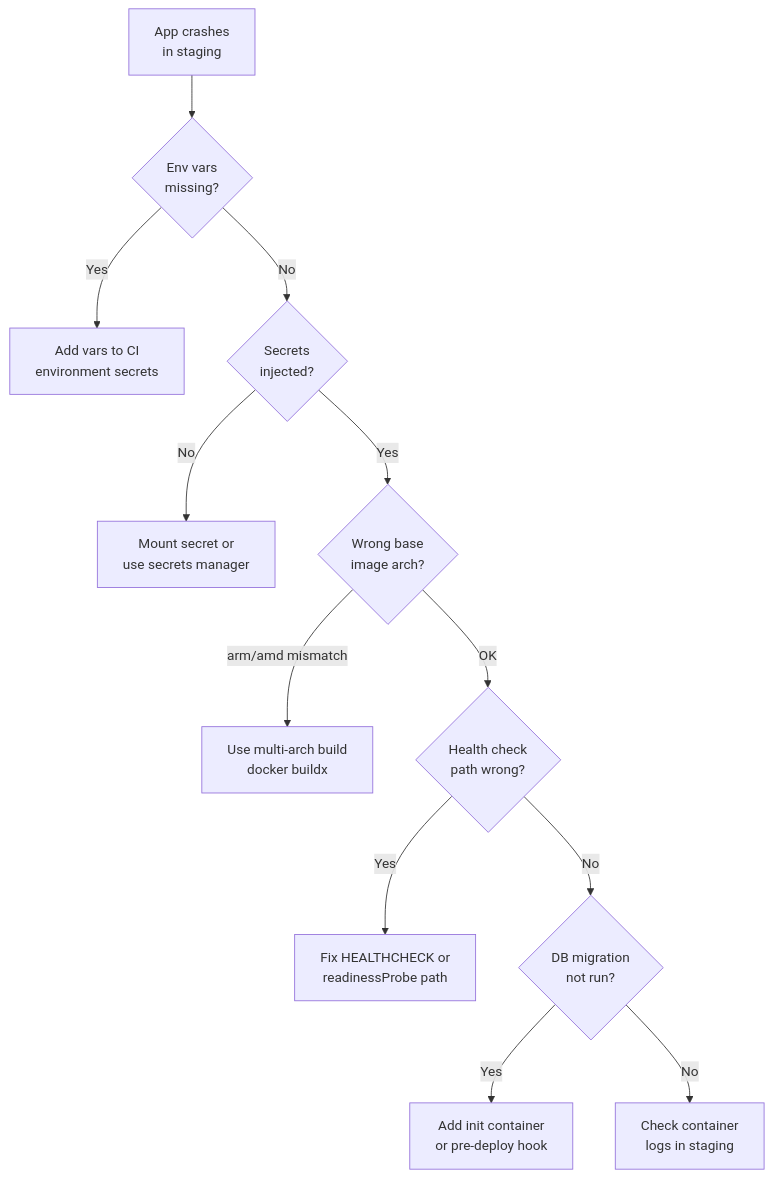
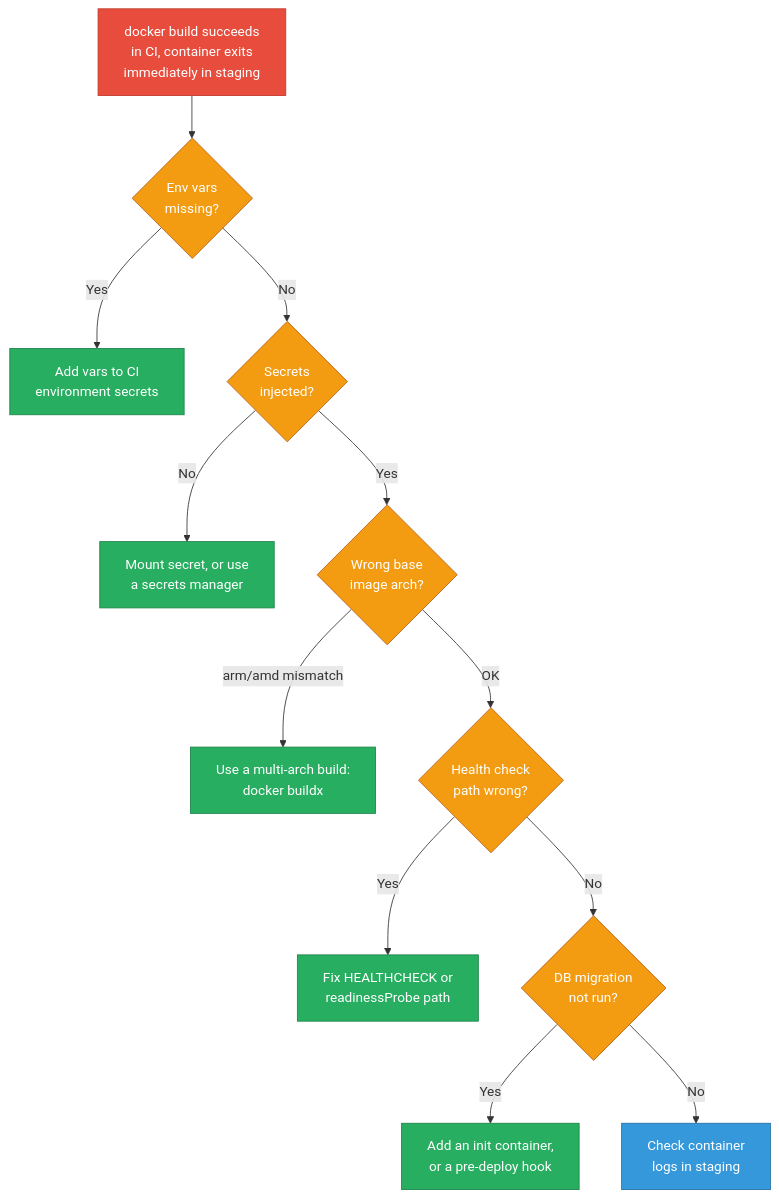
One commit to deepanshu-rawat6/DevOpsIndex changed the seventh of 8 diagrams in sre/cicd-scenarios.md. Above: the diagram before and after it, drawn with Mermaid. The commit also changed other lines of this file and 10 other files, not shown here.

````diff
--- a/sre/cicd-scenarios.md
+++ b/sre/cicd-scenarios.md
@@ -297,14 +544,19 @@
 ```mermaid
 flowchart TD
-    A[App crashes<br/>in staging] --> B{Env vars<br/>missing?}
-    B -- Yes --> B1[Add vars to CI<br/>environment secrets]
-    B -- No --> C{Secrets<br/>injected?}
-    C -- No --> C1[Mount secret or<br/>use secrets manager]
-    C -- Yes --> D{Wrong base<br/>image arch?}
-    D -- arm/amd mismatch --> D1[Use multi-arch build<br/>docker buildx]
-    D -- OK --> E{Health check<br/>path wrong?}
-    E -- Yes --> E1[Fix HEALTHCHECK or<br/>readinessProbe path]
-    E -- No --> F{DB migration<br/>not run?}
-    F -- Yes --> F1[Add init container<br/>or pre-deploy hook]
-    F -- No --> G[Check container<br/>logs in staging]
+    classDef err fill:#e74c3c,stroke:#c0392b,color:#fff
+    classDef decision fill:#f39c12,stroke:#ba6018,color:#fff
+    classDef fix fill:#27ae60,stroke:#1e8449,color:#fff
+    classDef verify fill:#3498db,stroke:#2471a3,color:#fff
+
+    A["docker build succeeds<br/>in CI, container exits<br/>immediately in staging"]:::err --> B{"Env vars<br/>missing?"}:::decision
+    B -- Yes --> B1["Add vars to CI<br/>environment secrets"]:::fix
+    B -- No --> C{"Secrets<br/>injected?"}:::decision
+    C -- No --> C1["Mount secret, or use<br/>a secrets manager"]:::fix
+    C -- Yes --> D{"Wrong base<br/>image arch?"}:::decision
+    D -- "arm/amd mismatch" --> D1["Use a multi-arch build:<br/>docker buildx"]:::fix
+    D -- OK --> E{"Health check<br/>path wrong?"}:::decision
+    E -- Yes --> E1["Fix HEALTHCHECK or<br/>readinessProbe path"]:::fix
+    E -- No --> F{"DB migration<br/>not run?"}:::decision
+    F -- Yes --> F1["Add an init container,<br/>or a pre-deploy hook"]:::fix
+    F -- No --> G["Check container<br/>logs in staging"]:::verify
 ```
````
